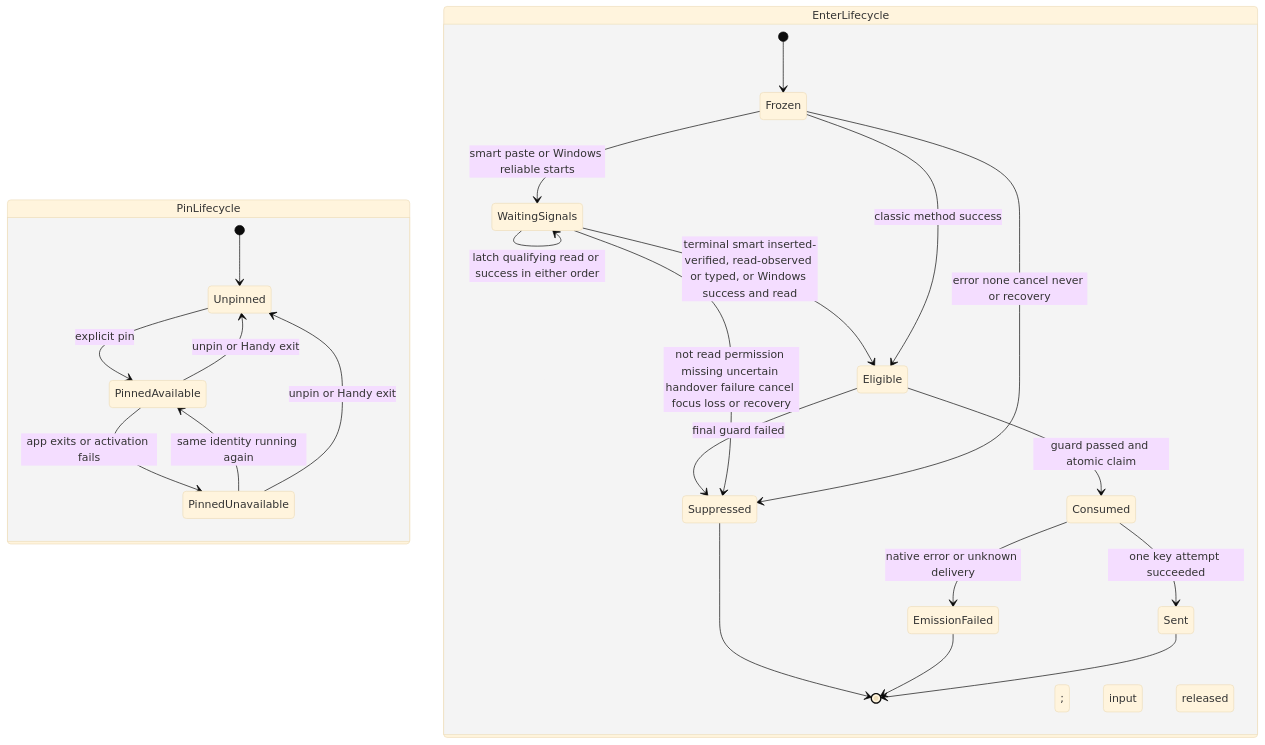
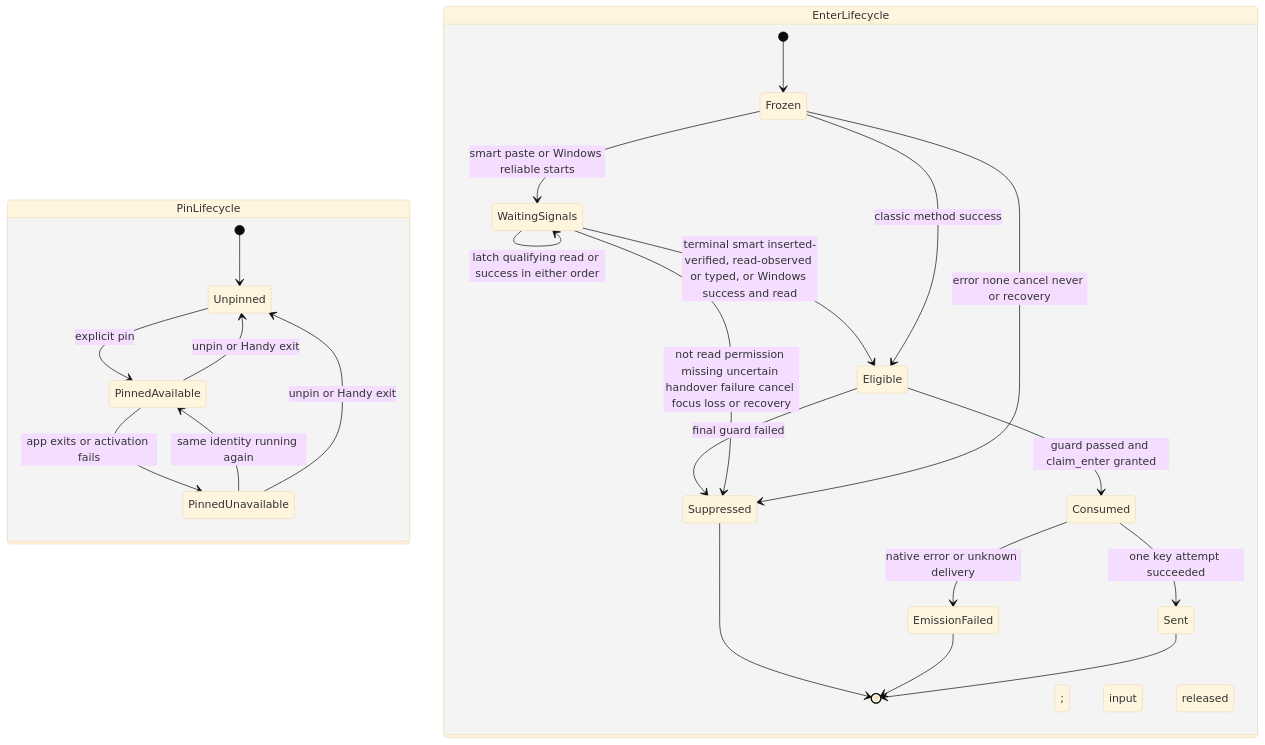
The third of 4 diagrams in .specs/features/009-pin-mode-and-enter-rule/plan.md (julien-m/handy), drawn with Mermaid (base theme) before and after one commit. The commit also changed other lines of this file and 4 other files, not shown here.

````diff
--- a/.specs/features/009-pin-mode-and-enter-rule/plan.md
+++ b/.specs/features/009-pin-mode-and-enter-rule/plan.md
@@ -321,27 +326,27 @@
 ```mermaid
 stateDiagram-v2
   state PinLifecycle {
     [*] --> Unpinned
     Unpinned --> PinnedAvailable: explicit pin
     PinnedAvailable --> PinnedUnavailable: app exits or activation fails
     PinnedUnavailable --> PinnedAvailable: same identity running again
     PinnedAvailable --> Unpinned: unpin or Handy exit
     PinnedUnavailable --> Unpinned: unpin or Handy exit
   }
   state EnterLifecycle {
     [*] --> Frozen
     Frozen --> WaitingSignals: smart paste or Windows reliable starts
     Frozen --> Eligible: classic method success
     WaitingSignals --> WaitingSignals: latch qualifying read or success in either order
     WaitingSignals --> Eligible: terminal smart inserted-verified, read-observed or typed, or Windows success and read; input released
     Frozen --> Suppressed: error none cancel never or recovery
     WaitingSignals --> Suppressed: not read permission missing uncertain handover failure cancel focus loss or recovery
     Eligible --> Suppressed: final guard failed
-    Eligible --> Consumed: guard passed and atomic claim
+    Eligible --> Consumed: guard passed and claim_enter granted
     Consumed --> Sent: one key attempt succeeded
     Consumed --> EmissionFailed: native error or unknown delivery
     Sent --> [*]
     EmissionFailed --> [*]
     Suppressed --> [*]
   }
 ```
````
